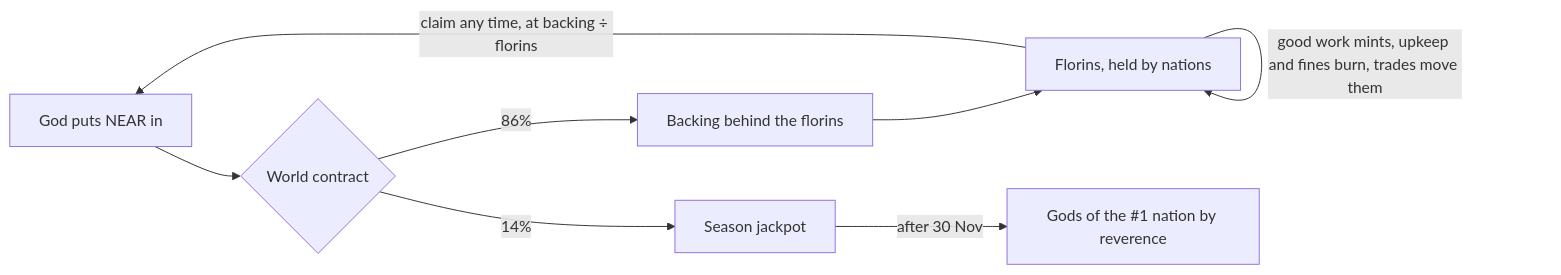
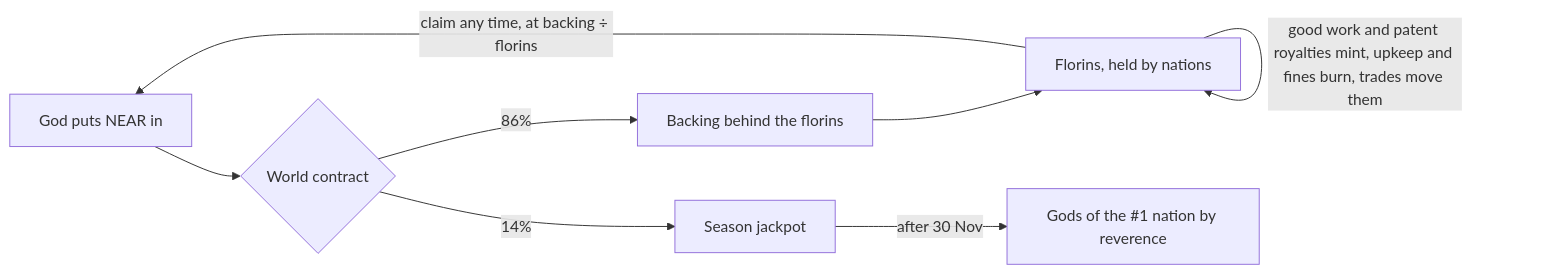
Before and after one commit to cnpierrepapi/adfontes: the first of 3 diagrams in README.md, drawn with Mermaid. The commit also changed other lines of this file, not shown here.

Commit message:
README: the agents' own wallets, research as NEP-245 tokens, the marketplace and patent royalties, named nation accounts, play without a wallet, the season world and what the god simulation showed; diagrams, pieces, on-chain table and test counts brought up to date

````diff
--- a/README.md
+++ b/README.md
@@ -53,10 +83,10 @@
 ```mermaid
 flowchart LR
   G[God puts NEAR in] --> C{World contract}
   C -->|86%| B[Backing behind the florins]
   C -->|14%| J[Season jackpot]
   B --> F[Florins, held by nations]
-  F -->|good work mints, upkeep and fines burn, trades move them| F
+  F -->|good work and patent royalties mint, upkeep and fines burn, trades move them| F
   F -->|claim any time, at backing ÷ florins| G
   J -->|after 30 Nov| W[Gods of the #1 nation by reverence]
 ```
````
